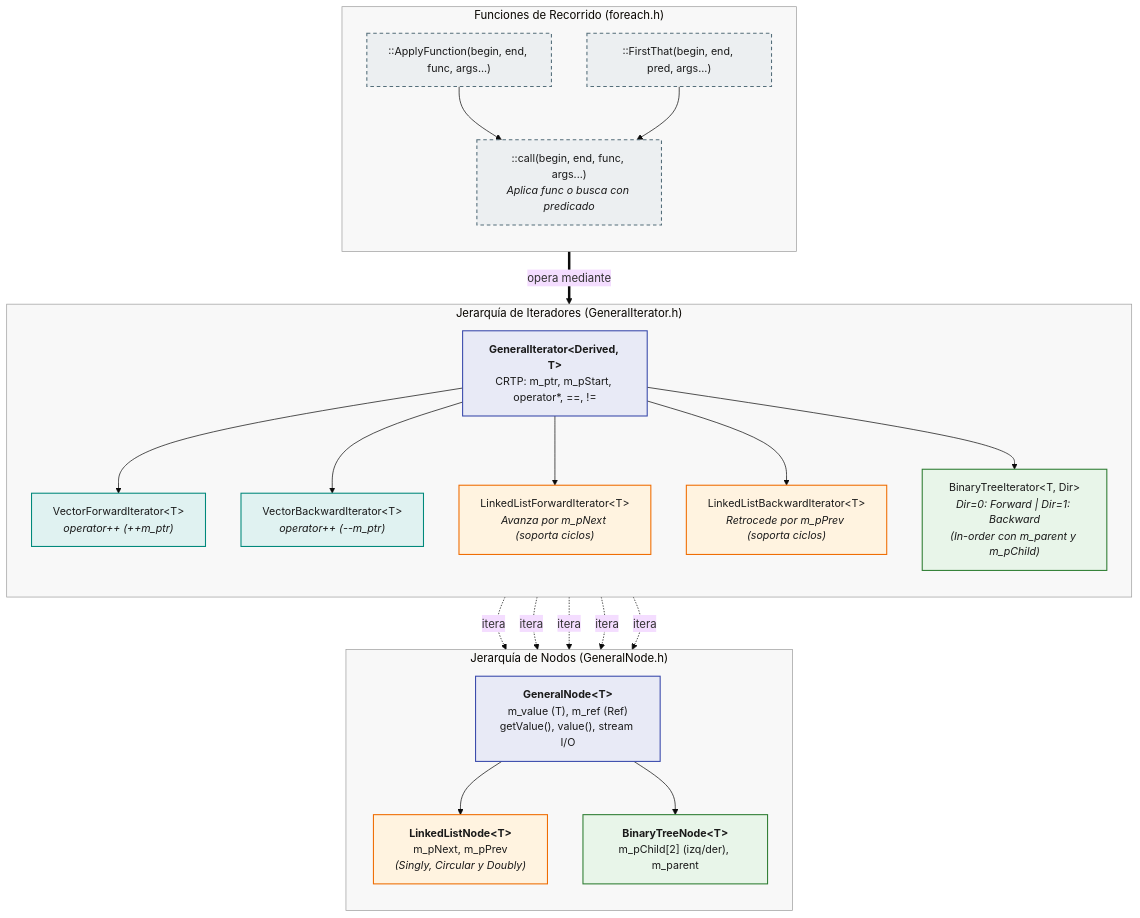
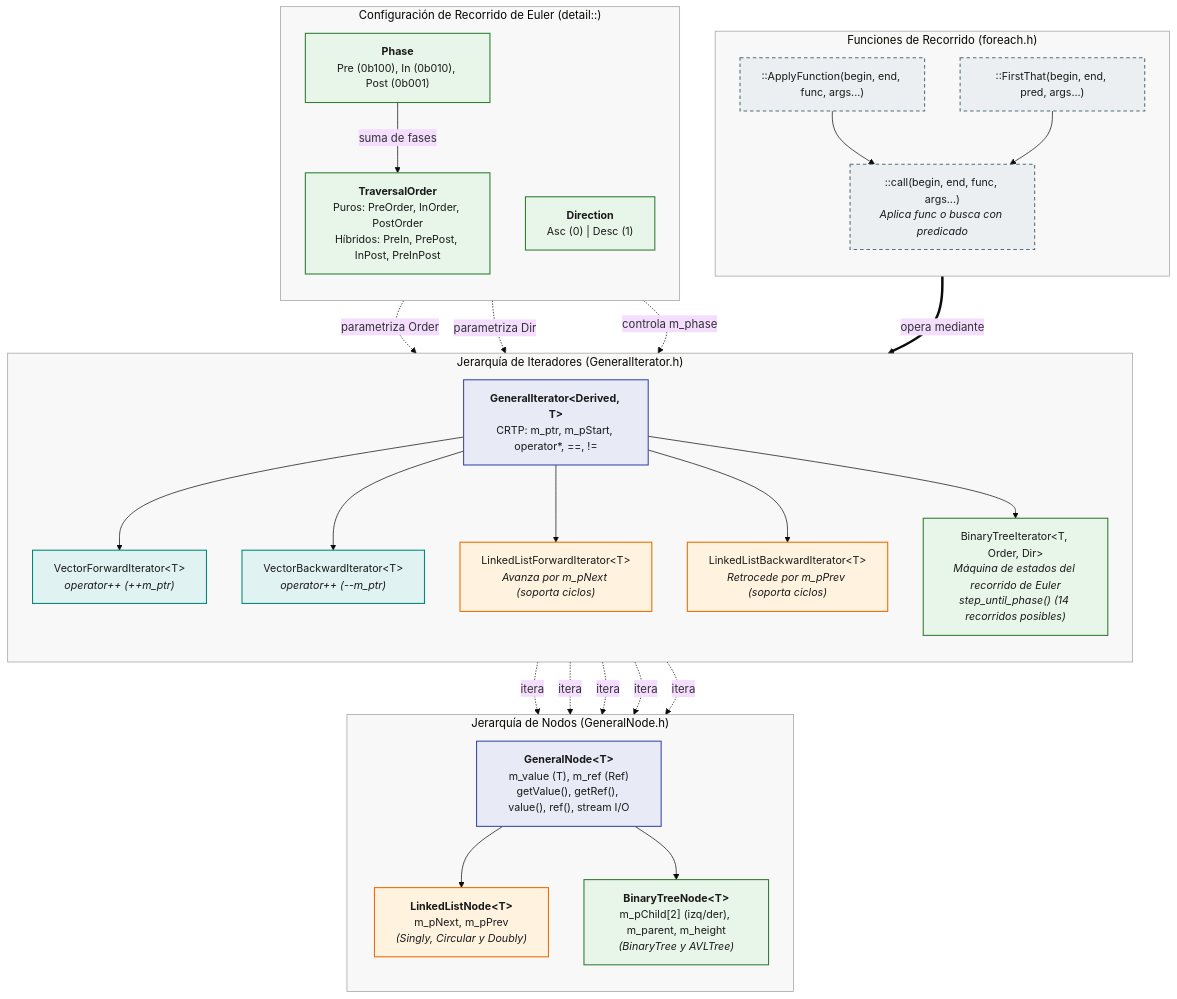
One commit to AldoLunaBueno/2026-II-CS-UNI-CC0E5-AEDAv changed the third of 8 diagrams in README.md. Above: the diagram before and after it, drawn with Mermaid (base theme). The commit also changed other lines of this file, not shown here.

````diff
--- a/README.md
+++ b/README.md
@@ -113,66 +116,78 @@
 ```mermaid
 flowchart TB
     subgraph ALGO["Funciones de Recorrido (foreach.h)"]
         direction TB
         CALL["::call(begin, end, func, args...)<br/><i>Aplica func o busca con predicado</i>"]
         APP_FN["::ApplyFunction(begin, end, func, args...)"]
         FIRST["::FirstThat(begin, end, pred, args...)"]
         
         APP_FN --> CALL
         FIRST --> CALL
     end
 
+    subgraph ENUMS["Configuración de Recorrido de Euler (detail::)"]
+        direction TB
+        PH["<b>Phase</b><br/>Pre (0b100), In (0b010), Post (0b001)"]
+        TO["<b>TraversalOrder</b><br/>Puros: PreOrder, InOrder, PostOrder<br/>Híbridos: PreIn, PrePost, InPost, PreInPost"]
+        DIR["<b>Direction</b><br/>Asc (0) | Desc (1)"]
+        PH -->|"suma de fases"| TO
+    end
+
     subgraph ITER["Jerarquía de Iteradores (GeneralIterator.h)"]
         direction TB
         GI["<b>GeneralIterator#lt;Derived, T#gt;</b><br/>CRTP: m_ptr, m_pStart, operator*, ==, !="]
         
         VFI["VectorForwardIterator#lt;T#gt;<br/><i>operator++ (++m_ptr)</i>"]
         VBI["VectorBackwardIterator#lt;T#gt;<br/><i>operator++ (--m_ptr)</i>"]
         
         LLFI["LinkedListForwardIterator#lt;T#gt;<br/><i>Avanza por m_pNext (soporta ciclos)</i>"]
         LLBI["LinkedListBackwardIterator#lt;T#gt;<br/><i>Retrocede por m_pPrev (soporta ciclos)</i>"]
         
-        BTI["BinaryTreeIterator#lt;T, Dir#gt;<br/><i>Dir=0: Forward | Dir=1: Backward<br/>(In-order con m_parent y m_pChild)</i>"]
+        BTI["BinaryTreeIterator#lt;T, Order, Dir#gt;<br/><i>Máquina de estados del recorrido de Euler<br/>step_until_phase() (14 recorridos posibles)</i>"]
 
         GI --> VFI
         GI --> VBI
         GI --> LLFI
         GI --> LLBI
         GI --> BTI
     end
 
     subgraph NODOS["Jerarquía de Nodos (GeneralNode.h)"]
         direction TB
-        GN["<b>GeneralNode#lt;T#gt;</b><br/>m_value (T), m_ref (Ref)<br/>getValue(), value(), stream I/O"]
+        GN["<b>GeneralNode#lt;T#gt;</b><br/>m_value (T), m_ref (Ref)<br/>getValue(), getRef(), value(), ref(), stream I/O"]
         
         LLN["<b>LinkedListNode#lt;T#gt;</b><br/>m_pNext, m_pPrev<br/><i>(Singly, Circular y Doubly)</i>"]
         
-        BTN["<b>BinaryTreeNode#lt;T#gt;</b><br/>m_pChild[2] (izq/der), m_parent"]
+        BTN["<b>BinaryTreeNode#lt;T#gt;</b><br/>m_pChild[2] (izq/der), m_parent, m_height<br/><i>(BinaryTree y AVLTree)</i>"]
 
         GN --> LLN
         GN --> BTN
     end
 
     CALL ==>|"opera mediante"| GI
+    TO -. "parametriza Order" .-> BTI
+    DIR -. "parametriza Dir" .-> BTI
+    PH -. "controla m_phase" .-> BTI
     VFI -. "itera" .-> GN
     VBI -. "itera" .-> GN
     LLFI -. "itera" .-> LLN
     LLBI -. "itera" .-> LLN
     BTI -. "itera" .-> BTN
 
     classDef base fill:#E8EAF6,stroke:#3949AB,color:#1A1A1A,stroke-width:1.5px,font-size:15px;
     classDef vec fill:#E0F2F1,stroke:#00897B,color:#1A1A1A,stroke-width:1.5px,font-size:15px;
     classDef lista fill:#FFF3E0,stroke:#EF6C00,color:#1A1A1A,stroke-width:1.5px,font-size:15px;
     classDef arbol fill:#E8F5E9,stroke:#2E7D32,color:#1A1A1A,stroke-width:1.5px,font-size:15px;
     classDef libre fill:#ECEFF1,stroke:#546E7A,stroke-dasharray:5 4,color:#1A1A1A,stroke-width:1.5px,font-size:15px;
 
     class GI,GN base
     class VFI,VBI vec
     class LLFI,LLBI,LLN lista
-    class BTI,BTN arbol
+    class BTI,BTN,PH,TO,DIR arbol
     class CALL,APP_FN,FIRST libre
 
     style ALGO fill:#8080800F,stroke:#9E9E9E,stroke-width:1px
+    style ENUMS fill:#8080800F,stroke:#9E9E9E,stroke-width:1px
     style ITER fill:#8080800F,stroke:#9E9E9E,stroke-width:1px
     style NODOS fill:#8080800F,stroke:#9E9E9E,stroke-width:1px
 ```
````
